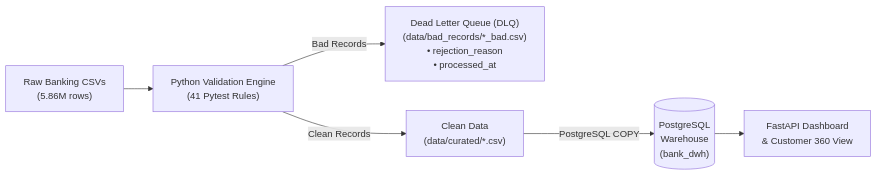
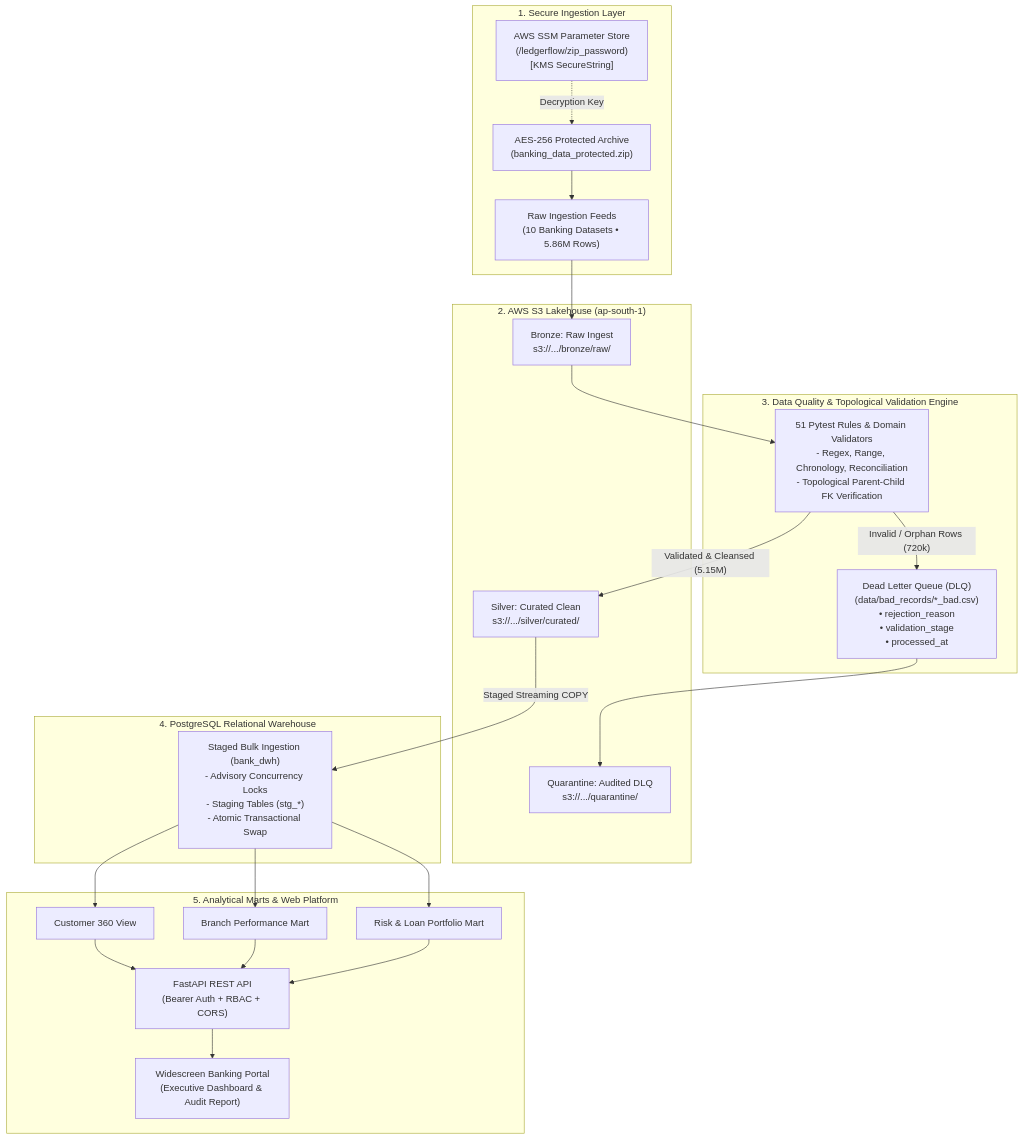
The diagram in README.md (Spidey173/LedgerFlow), drawn with Mermaid before and after one commit. The commit also changed other lines of this file and 13 other files, not shown here.

````diff
--- a/README.md
+++ b/README.md
@@ -44,8 +44,43 @@
 ```mermaid
-flowchart LR
-    A["Raw Banking CSVs\n(5.86M rows)"] --> B["Python Validation Engine\n(41 Pytest Rules)"]
-    B -->|Bad Records| C["Dead Letter Queue (DLQ)\n(data/bad_records/*_bad.csv)\n• rejection_reason\n• processed_at"]
-    B -->|Clean Records| D["Clean Data\n(data/curated/*.csv)"]
-    D -->|PostgreSQL COPY| E[("PostgreSQL\nWarehouse\n(bank_dwh)")]
-    E --> F["FastAPI Dashboard\n& Customer 360 View"]
+flowchart TD
+    subgraph Ingestion["1. Secure Ingestion Layer"]
+        ZIP["AES-256 Protected Archive\n(banking_data_protected.zip)"]
+        SSM["AWS SSM Parameter Store\n(/ledgerflow/zip_password)\n[KMS SecureString]"]
+        RAW["Raw Ingestion Feeds\n(10 Banking Datasets • 5.86M Rows)"]
+        SSM -.->|Decryption Key| ZIP
+        ZIP --> RAW
+    end
+
+    subgraph Lakehouse["2. AWS S3 Lakehouse (ap-south-1)"]
+        S3B["Bronze: Raw Ingest\ns3://.../bronze/raw/"]
+        S3S["Silver: Curated Clean\ns3://.../silver/curated/"]
+        S3Q["Quarantine: Audited DLQ\ns3://.../quarantine/"]
+    end
+
+    subgraph Validation["3. Data Quality & Topological Validation Engine"]
+        VAL["51 Pytest Rules & Domain Validators\n- Regex, Range, Chronology, Reconciliation\n- Topological Parent-Child FK Verification"]
+        DLQ["Dead Letter Queue (DLQ)\n(data/bad_records/*_bad.csv)\n• rejection_reason\n• validation_stage\n• processed_at"]
+    end
+
+    subgraph Warehouse["4. PostgreSQL Relational Warehouse"]
+        PG["Staged Bulk Ingestion (bank_dwh)\n- Advisory Concurrency Locks\n- Staging Tables (stg_*)\n- Atomic Transactional Swap"]
+    end
+
+    subgraph Serving["5. Analytical Marts & Web Platform"]
+        M1["Customer 360 View"]
+        M2["Branch Performance Mart"]
+        M3["Risk & Loan Portfolio Mart"]
+        API["FastAPI REST API\n(Bearer Auth + RBAC + CORS)"]
+        WEB["Widescreen Banking Portal\n(Executive Dashboard & Audit Report)"]
+    end
+
+    RAW --> S3B
+    S3B --> VAL
+    VAL -- "Invalid / Orphan Rows (720k)" --> DLQ
+    DLQ --> S3Q
+    VAL -- "Validated & Cleansed (5.15M)" --> S3S
+    S3S -->|Staged Streaming COPY| PG
+    PG --> M1 & M2 & M3
+    M1 & M2 & M3 --> API
+    API --> WEB
 ```
````
